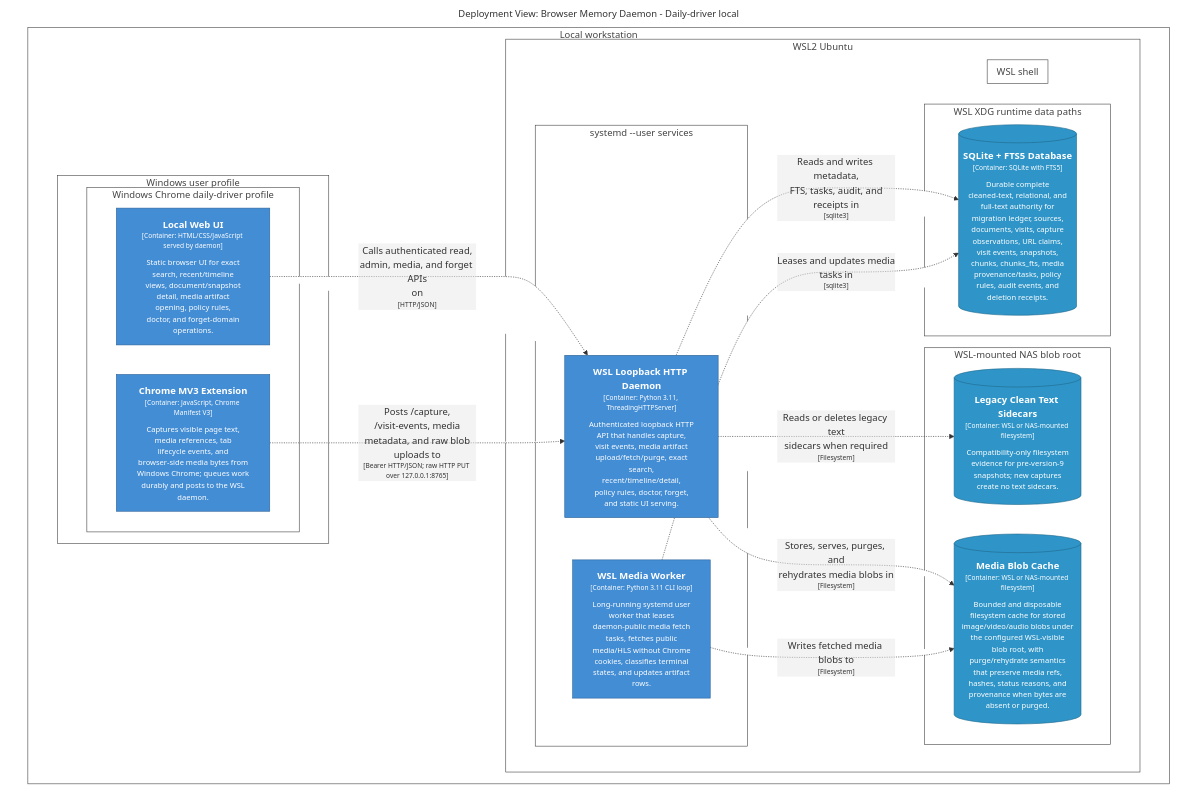
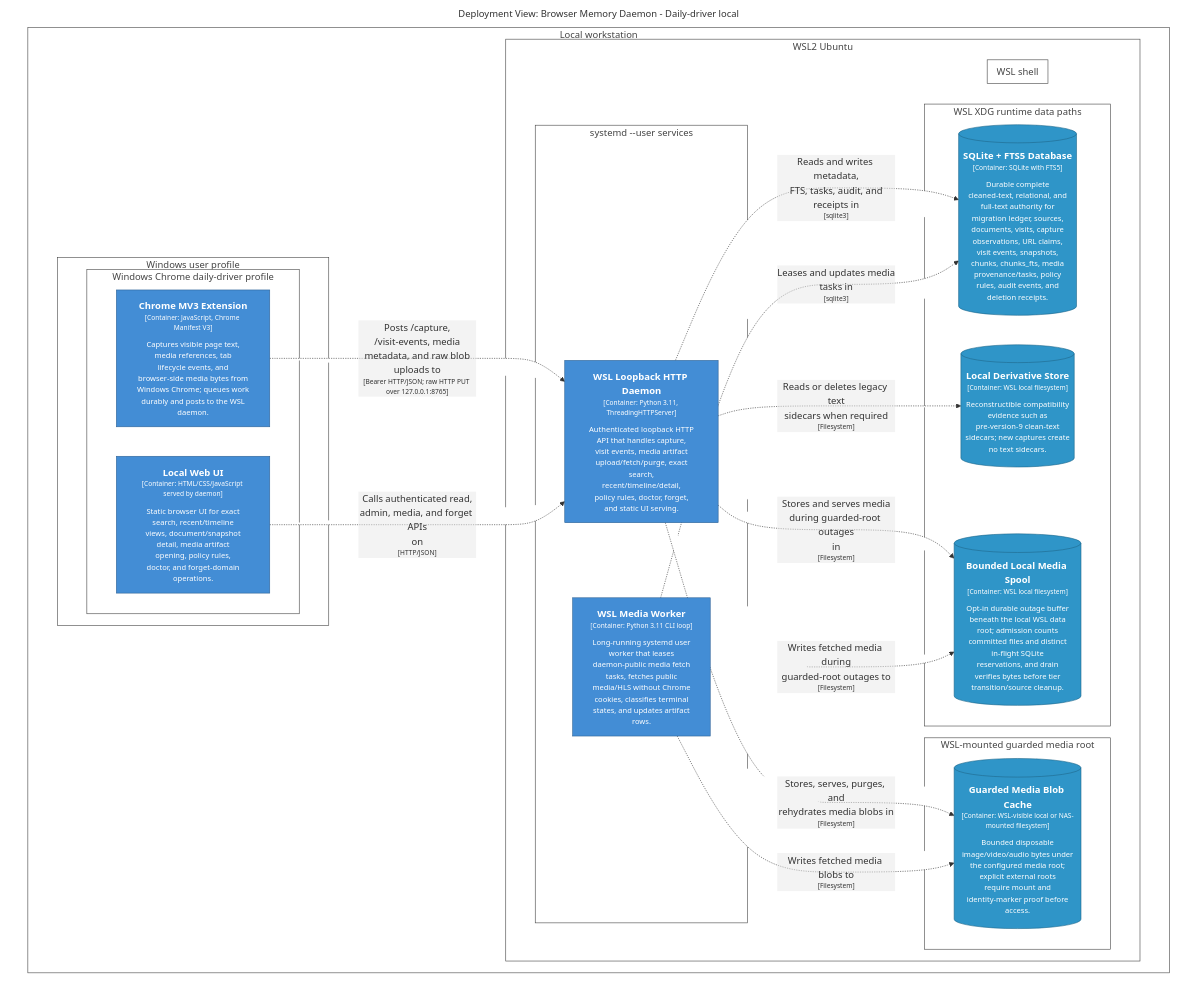
One commit to michaelnicks0/browser-memory-daemon changed the diagram in docs/architecture/diagrams/structurizr-DailyDriverDeployment.mmd. Above: the diagram before and after it, drawn with Mermaid. The commit also changed 184 other files, not shown here.

Commit message:
feat(storage): split media root and add bounded spool

```diff
--- a/docs/architecture/diagrams/structurizr-DailyDriverDeployment.mmd
+++ b/docs/architecture/diagrams/structurizr-DailyDriverDeployment.mmd
@@ -1,69 +1,73 @@
 graph TB
   linkStyle default fill:#ffffff
 
   subgraph diagram ["Deployment View: Browser Memory Daemon - Daily-driver local"]
     style diagram fill:#ffffff,stroke:#ffffff
 
-    subgraph 88 ["Local workstation"]
-      style 88 fill:#ffffff,stroke:#444444,color:#444444
+    subgraph 94 ["Local workstation"]
+      style 94 fill:#ffffff,stroke:#444444,color:#444444
 
-      subgraph 89 ["Windows user profile"]
-        style 89 fill:#ffffff,stroke:#444444,color:#444444
+      subgraph 102 ["WSL2 Ubuntu"]
+        style 102 fill:#ffffff,stroke:#444444,color:#444444
 
-        subgraph 90 ["Windows Chrome daily-driver profile"]
-          style 90 fill:#ffffff,stroke:#444444,color:#444444
+        subgraph 103 ["systemd --user services"]
+          style 103 fill:#ffffff,stroke:#444444,color:#444444
 
-          91["<div style='font-weight: bold'>Chrome MV3 Extension</div><div style='font-size: 70%; margin-top: 0px'>[Container: JavaScript, Chrome Manifest V3]</div><div style='font-size: 80%; margin-top:10px'>Captures visible page text,<br />media references, tab<br />lifecycle events, and<br />browser-side media bytes from<br />Windows Chrome; queues work<br />durably and posts to the WSL<br />daemon.</div>"]
-          style 91 fill:#438dd5,stroke:#2e6295,color:#ffffff
-          94["<div style='font-weight: bold'>Local Web UI</div><div style='font-size: 70%; margin-top: 0px'>[Container: HTML/CSS/JavaScript served by daemon]</div><div style='font-size: 80%; margin-top:10px'>Static browser UI for exact<br />search, recent/timeline<br />views, document/snapshot<br />detail, media artifact<br />opening, policy rules,<br />doctor, and forget-domain<br />operations.</div>"]
-          style 94 fill:#438dd5,stroke:#2e6295,color:#ffffff
+          104["<div style='font-weight: bold'>WSL Loopback HTTP Daemon</div><div style='font-size: 70%; margin-top: 0px'>[Container: Python 3.11, ThreadingHTTPServer]</div><div style='font-size: 80%; margin-top:10px'>Authenticated loopback HTTP<br />API that handles capture,<br />visit events, media artifact<br />upload/fetch/purge, exact<br />search,<br />recent/timeline/detail,<br />policy rules, doctor, forget,<br />and static UI serving.</div>"]
+          style 104 fill:#438dd5,stroke:#2e6295,color:#ffffff
+          107["<div style='font-weight: bold'>WSL Media Worker</div><div style='font-size: 70%; margin-top: 0px'>[Container: Python 3.11 CLI loop]</div><div style='font-size: 80%; margin-top:10px'>Long-running systemd user<br />worker that leases<br />daemon-public media fetch<br />tasks, fetches public<br />media/HLS without Chrome<br />cookies, classifies terminal<br />states, and updates artifact<br />rows.</div>"]
+          style 107 fill:#438dd5,stroke:#2e6295,color:#ffffff
+        end
+
+        subgraph 108 ["WSL shell"]
+          style 108 fill:#ffffff,stroke:#444444,color:#444444
+
+        end
+
+        subgraph 111 ["WSL XDG runtime data paths"]
+          style 111 fill:#ffffff,stroke:#444444,color:#444444
+
+          112[("<div style='font-weight: bold'>SQLite + FTS5 Database</div><div style='font-size: 70%; margin-top: 0px'>[Container: SQLite with FTS5]</div><div style='font-size: 80%; margin-top:10px'>Durable complete<br />cleaned-text, relational, and<br />full-text authority for<br />migration ledger, sources,<br />documents, visits, capture<br />observations, URL claims,<br />visit events, snapshots,<br />chunks, chunks_fts, media<br />provenance/tasks, policy<br />rules, audit events, and<br />deletion receipts.</div>")]
+          style 112 fill:#2f95c8,stroke:#20688c,color:#ffffff
+          116[("<div style='font-weight: bold'>Local Derivative Store</div><div style='font-size: 70%; margin-top: 0px'>[Container: WSL local filesystem]</div><div style='font-size: 80%; margin-top:10px'>Reconstructible compatibility<br />evidence such as<br />pre-version-9 clean-text<br />sidecars; new captures create<br />no text sidecars.</div>")]
+          style 116 fill:#2f95c8,stroke:#20688c,color:#ffffff
+          118[("<div style='font-weight: bold'>Bounded Local Media Spool</div><div style='font-size: 70%; margin-top: 0px'>[Container: WSL local filesystem]</div><div style='font-size: 80%; margin-top:10px'>Opt-in durable outage buffer<br />beneath the local WSL data<br />root; admission counts<br />committed files and distinct<br />in-flight SQLite<br />reservations, and drain<br />verifies bytes before tier<br />transition/source cleanup.</div>")]
+          style 118 fill:#2f95c8,stroke:#20688c,color:#ffffff
+        end
+
+        subgraph 123 ["WSL-mounted guarded media root"]
+          style 123 fill:#ffffff,stroke:#444444,color:#444444
+
+          124[("<div style='font-weight: bold'>Guarded Media Blob Cache</div><div style='font-size: 70%; margin-top: 0px'>[Container: WSL-visible local or NAS-mounted filesystem]</div><div style='font-size: 80%; margin-top:10px'>Bounded disposable<br />image/video/audio bytes under<br />the configured media root;<br />explicit external roots<br />require mount and<br />identity-marker proof before<br />access.</div>")]
+          style 124 fill:#2f95c8,stroke:#20688c,color:#ffffff
         end
 
       end
 
-      subgraph 96 ["WSL2 Ubuntu"]
-        style 96 fill:#ffffff,stroke:#444444,color:#444444
+      subgraph 95 ["Windows user profile"]
+        style 95 fill:#ffffff,stroke:#444444,color:#444444
 
-        subgraph 102 ["WSL shell"]
-          style 102 fill:#ffffff,stroke:#444444,color:#444444
+        subgraph 96 ["Windows Chrome daily-driver profile"]
+          style 96 fill:#ffffff,stroke:#444444,color:#444444
 
-        end
-
-        subgraph 105 ["WSL XDG runtime data paths"]
-          style 105 fill:#ffffff,stroke:#444444,color:#444444
-
-          106[("<div style='font-weight: bold'>SQLite + FTS5 Database</div><div style='font-size: 70%; margin-top: 0px'>[Container: SQLite with FTS5]</div><div style='font-size: 80%; margin-top:10px'>Durable complete<br />cleaned-text, relational, and<br />full-text authority for<br />migration ledger, sources,<br />documents, visits, capture<br />observations, URL claims,<br />visit events, snapshots,<br />chunks, chunks_fts, media<br />provenance/tasks, policy<br />rules, audit events, and<br />deletion receipts.</div>")]
-          style 106 fill:#2f95c8,stroke:#20688c,color:#ffffff
-        end
-
-        subgraph 111 ["WSL-mounted NAS blob root"]
-          style 111 fill:#ffffff,stroke:#444444,color:#444444
-
-          112[("<div style='font-weight: bold'>Legacy Clean Text Sidecars</div><div style='font-size: 70%; margin-top: 0px'>[Container: WSL or NAS-mounted filesystem]</div><div style='font-size: 80%; margin-top:10px'>Compatibility-only filesystem<br />evidence for pre-version-9<br />snapshots; new captures<br />create no text sidecars.</div>")]
-          style 112 fill:#2f95c8,stroke:#20688c,color:#ffffff
-          114[("<div style='font-weight: bold'>Media Blob Cache</div><div style='font-size: 70%; margin-top: 0px'>[Container: WSL or NAS-mounted filesystem]</div><div style='font-size: 80%; margin-top:10px'>Bounded and disposable<br />filesystem cache for stored<br />image/video/audio blobs under<br />the configured WSL-visible<br />blob root, with<br />purge/rehydrate semantics<br />that preserve media refs,<br />hashes, status reasons, and<br />provenance when bytes are<br />absent or purged.</div>")]
-          style 114 fill:#2f95c8,stroke:#20688c,color:#ffffff
-        end
-
-        subgraph 97 ["systemd --user services"]
-          style 97 fill:#ffffff,stroke:#444444,color:#444444
-
-          101["<div style='font-weight: bold'>WSL Media Worker</div><div style='font-size: 70%; margin-top: 0px'>[Container: Python 3.11 CLI loop]</div><div style='font-size: 80%; margin-top:10px'>Long-running systemd user<br />worker that leases<br />daemon-public media fetch<br />tasks, fetches public<br />media/HLS without Chrome<br />cookies, classifies terminal<br />states, and updates artifact<br />rows.</div>"]
-          style 101 fill:#438dd5,stroke:#2e6295,color:#ffffff
-          98["<div style='font-weight: bold'>WSL Loopback HTTP Daemon</div><div style='font-size: 70%; margin-top: 0px'>[Container: Python 3.11, ThreadingHTTPServer]</div><div style='font-size: 80%; margin-top:10px'>Authenticated loopback HTTP<br />API that handles capture,<br />visit events, media artifact<br />upload/fetch/purge, exact<br />search,<br />recent/timeline/detail,<br />policy rules, doctor, forget,<br />and static UI serving.</div>"]
-          style 98 fill:#438dd5,stroke:#2e6295,color:#ffffff
+          100["<div style='font-weight: bold'>Local Web UI</div><div style='font-size: 70%; margin-top: 0px'>[Container: HTML/CSS/JavaScript served by daemon]</div><div style='font-size: 80%; margin-top:10px'>Static browser UI for exact<br />search, recent/timeline<br />views, document/snapshot<br />detail, media artifact<br />opening, policy rules,<br />doctor, and forget-domain<br />operations.</div>"]
+          style 100 fill:#438dd5,stroke:#2e6295,color:#ffffff
+          97["<div style='font-weight: bold'>Chrome MV3 Extension</div><div style='font-size: 70%; margin-top: 0px'>[Container: JavaScript, Chrome Manifest V3]</div><div style='font-size: 80%; margin-top:10px'>Captures visible page text,<br />media references, tab<br />lifecycle events, and<br />browser-side media bytes from<br />Windows Chrome; queues work<br />durably and posts to the WSL<br />daemon.</div>"]
+          style 97 fill:#438dd5,stroke:#2e6295,color:#ffffff
         end
 
       end
 
     end
 
-    94-. "<div>Calls authenticated read,<br />admin, media, and forget APIs<br />on</div><div style='font-size: 70%'>[HTTP/JSON]</div>" .->98
-    98-. "<div>Reads and writes metadata,<br />FTS, tasks, audit, and<br />receipts in</div><div style='font-size: 70%'>[sqlite3]</div>" .->106
-    101-. "<div>Leases and updates media<br />tasks in</div><div style='font-size: 70%'>[sqlite3]</div>" .->106
-    98-. "<div>Reads or deletes legacy text<br />sidecars when required</div><div style='font-size: 70%'>[Filesystem]</div>" .->112
-    98-. "<div>Stores, serves, purges, and<br />rehydrates media blobs in</div><div style='font-size: 70%'>[Filesystem]</div>" .->114
-    101-. "<div>Writes fetched media blobs to</div><div style='font-size: 70%'>[Filesystem]</div>" .->114
-    91-. "<div>Posts /capture,<br />/visit-events, media<br />metadata, and raw blob<br />uploads to</div><div style='font-size: 70%'>[Bearer HTTP/JSON; raw HTTP PUT over 127.0.0.1:8765]</div>" .->98
+    97-. "<div>Posts /capture,<br />/visit-events, media<br />metadata, and raw blob<br />uploads to</div><div style='font-size: 70%'>[Bearer HTTP/JSON; raw HTTP PUT over 127.0.0.1:8765]</div>" .->104
+    100-. "<div>Calls authenticated read,<br />admin, media, and forget APIs<br />on</div><div style='font-size: 70%'>[HTTP/JSON]</div>" .->104
+    104-. "<div>Reads and writes metadata,<br />FTS, tasks, audit, and<br />receipts in</div><div style='font-size: 70%'>[sqlite3]</div>" .->112
+    107-. "<div>Leases and updates media<br />tasks in</div><div style='font-size: 70%'>[sqlite3]</div>" .->112
+    104-. "<div>Reads or deletes legacy text<br />sidecars when required</div><div style='font-size: 70%'>[Filesystem]</div>" .->116
+    104-. "<div>Stores and serves media<br />during guarded-root outages<br />in</div><div style='font-size: 70%'>[Filesystem]</div>" .->118
+    107-. "<div>Writes fetched media during<br />guarded-root outages to</div><div style='font-size: 70%'>[Filesystem]</div>" .->118
+    104-. "<div>Stores, serves, purges, and<br />rehydrates media blobs in</div><div style='font-size: 70%'>[Filesystem]</div>" .->124
+    107-. "<div>Writes fetched media blobs to</div><div style='font-size: 70%'>[Filesystem]</div>" .->124
 
   end
```
